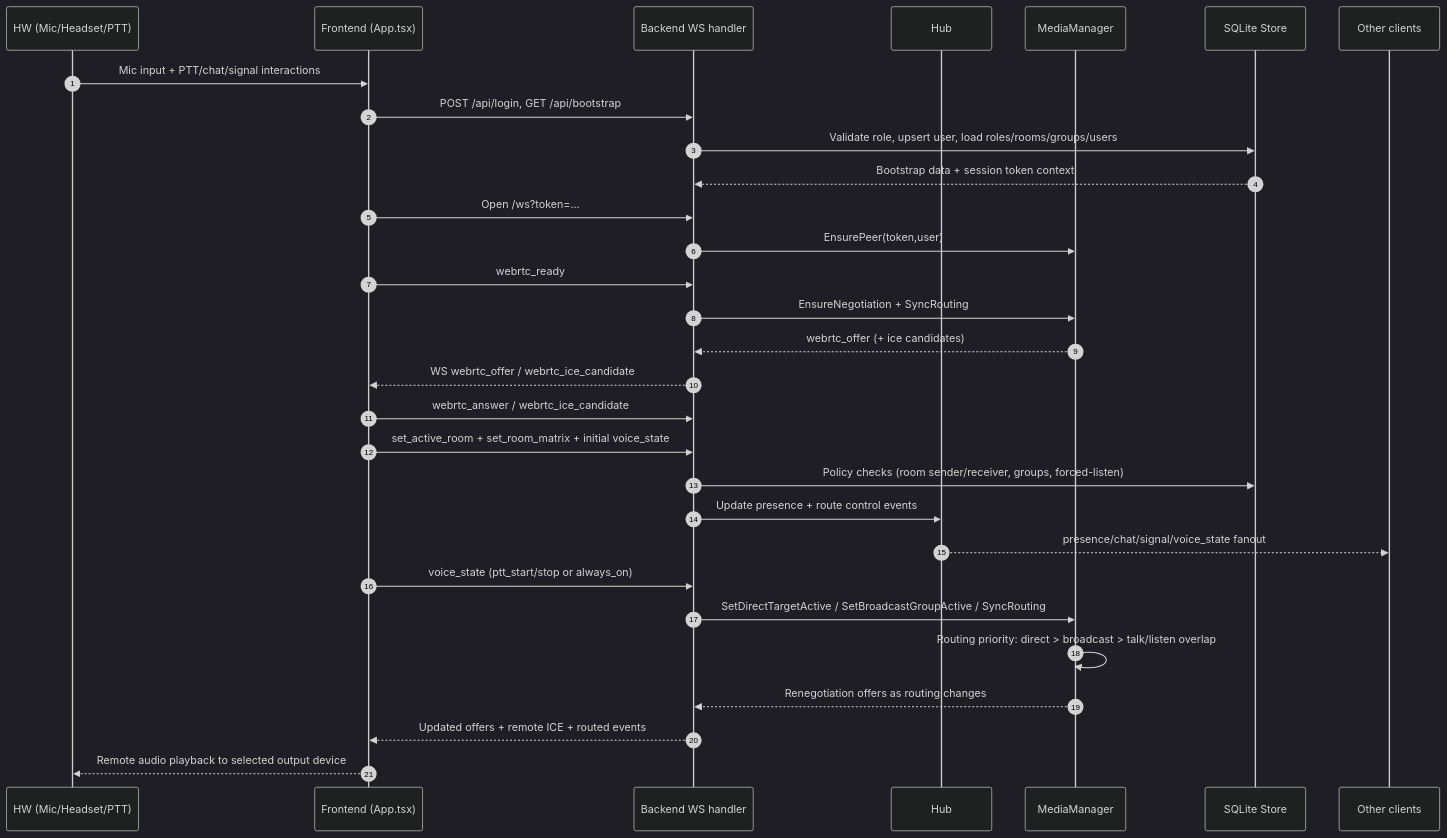
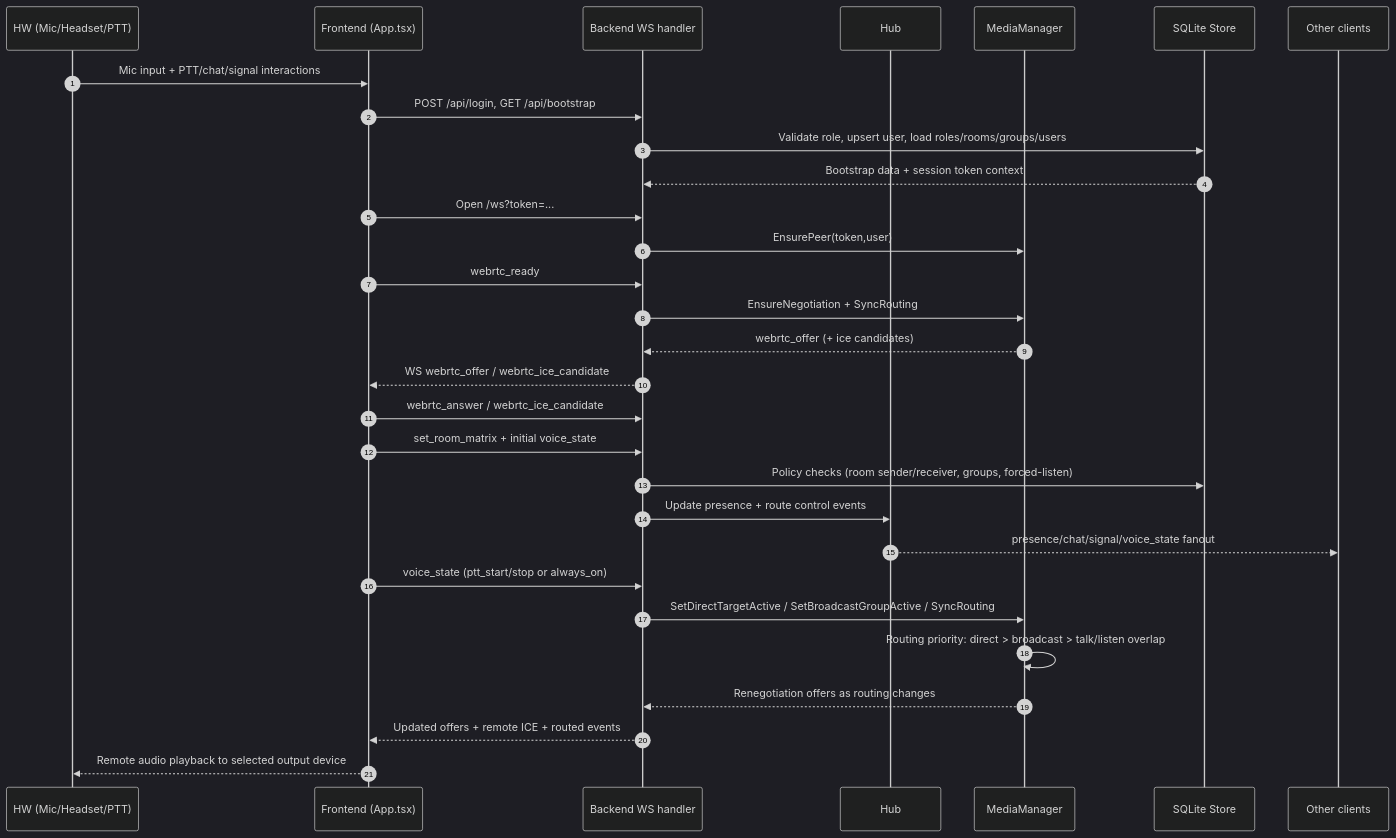
The second of 4 diagrams in docs/architecture-flow-diagram.md (KesherCom/kesher), drawn with Mermaid (dark theme) before and after one commit. The commit also changed other lines of this file and 8 other files, not shown here.

First line of the commit message:
Remove active-room compatibility and enforce matrix-only room state

````diff
--- a/docs/architecture-flow-diagram.md
+++ b/docs/architecture-flow-diagram.md
@@ -126,33 +126,33 @@
 ```mermaid
 sequenceDiagram
   autonumber
   participant HW as HW (Mic/Headset/PTT)
   participant FE as Frontend (App.tsx)
   participant WS as Backend WS handler
   participant HUB as Hub
   participant MM as MediaManager
   participant DB as SQLite Store
   participant PEER as Other clients
 
   HW->>FE: Mic input + PTT/chat/signal interactions
   FE->>WS: POST /api/login, GET /api/bootstrap
   WS->>DB: Validate role, upsert user, load roles/rooms/groups/users
   DB-->>WS: Bootstrap data + session token context
   FE->>WS: Open /ws?token=...
   WS->>MM: EnsurePeer(token,user)
   FE->>WS: webrtc_ready
   WS->>MM: EnsureNegotiation + SyncRouting
   MM-->>WS: webrtc_offer (+ ice candidates)
   WS-->>FE: WS webrtc_offer / webrtc_ice_candidate
   FE->>WS: webrtc_answer / webrtc_ice_candidate
-  FE->>WS: set_active_room + set_room_matrix + initial voice_state
+  FE->>WS: set_room_matrix + initial voice_state
   WS->>DB: Policy checks (room sender/receiver, groups, forced-listen)
   WS->>HUB: Update presence + route control events
   HUB-->>PEER: presence/chat/signal/voice_state fanout
   FE->>WS: voice_state (ptt_start/stop or always_on)
   WS->>MM: SetDirectTargetActive / SetBroadcastGroupActive / SyncRouting
   MM->>MM: Routing priority: direct > broadcast > talk/listen overlap
   MM-->>WS: Renegotiation offers as routing changes
   WS-->>FE: Updated offers + remote ICE + routed events
   FE-->>HW: Remote audio playback to selected output device
 ```
````
